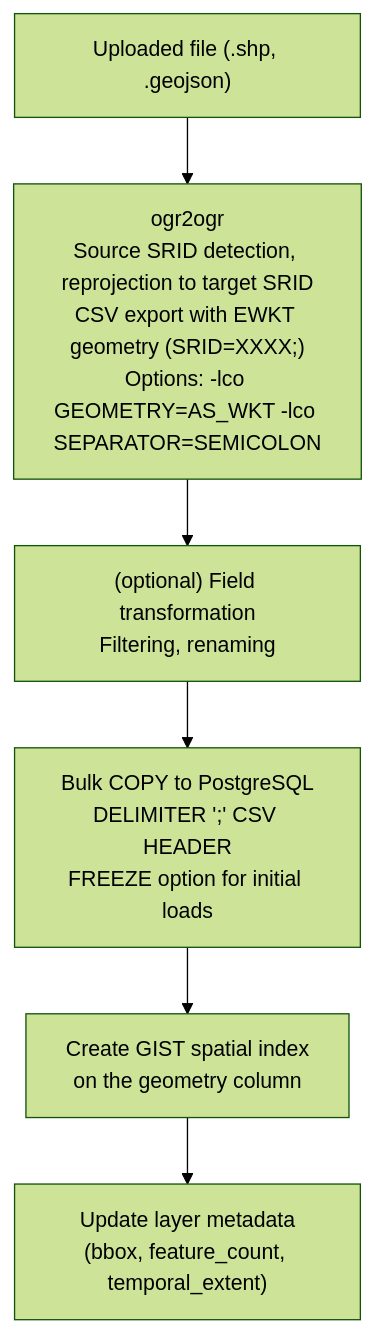
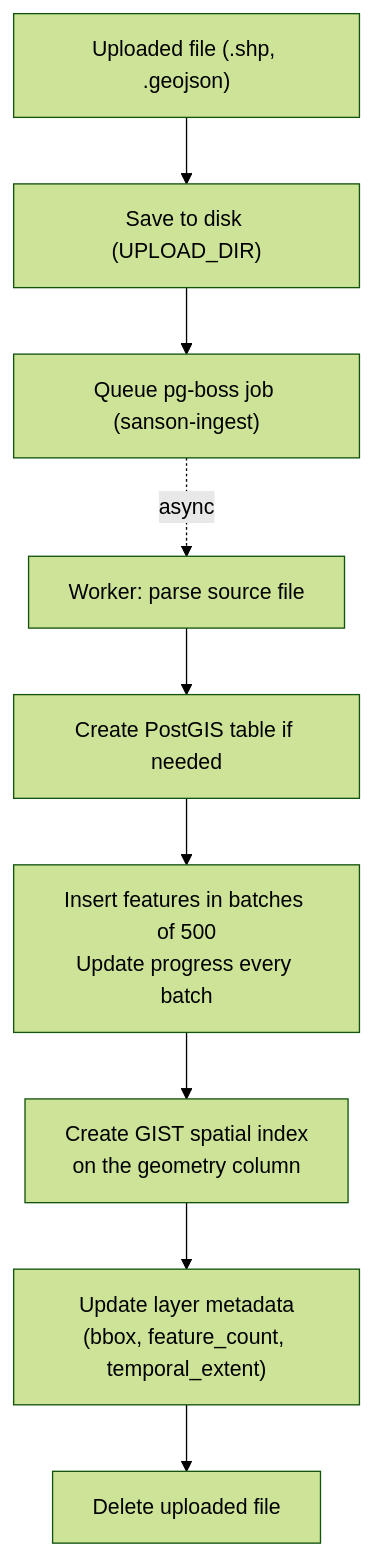
The second of 2 diagrams in SPECS.md (sebprunier/sanson), drawn with Mermaid (forest theme) before and after one commit. The commit also changed other lines of this file, not shown here.

First line of the commit message:
docs: update SPECS.md v0.5 with pg-boss async workers design

````diff
--- a/SPECS.md
+++ b/SPECS.md
@@ -140,11 +163,15 @@
 ```mermaid
 flowchart TD
     Upload["Uploaded file (.shp, .geojson)"]
-    Ogr2ogr["ogr2ogr<br/>Source SRID detection, reprojection to target SRID<br/>CSV export with EWKT geometry (SRID=XXXX;)<br/>Options: -lco GEOMETRY=AS_WKT -lco SEPARATOR=SEMICOLON"]
-    Transform["(optional) Field transformation<br/>Filtering, renaming"]
-    Copy["Bulk COPY to PostgreSQL<br/>DELIMITER ';' CSV HEADER<br/>FREEZE option for initial loads"]
+    Save["Save to disk (UPLOAD_DIR)"]
+    Queue["Queue pg-boss job (sanson-ingest)"]
+    Parse["Worker: parse source file"]
+    Table["Create PostGIS table if needed"]
+    Insert["Insert features in batches of 500<br/>Update progress every batch"]
     Index["Create GIST spatial index<br/>on the geometry column"]
     Metadata["Update layer metadata<br/>(bbox, feature_count, temporal_extent)"]
+    Cleanup["Delete uploaded file"]
 
-    Upload --> Ogr2ogr --> Transform --> Copy --> Index --> Metadata
+    Upload --> Save --> Queue
+    Queue -.->|async| Parse --> Table --> Insert --> Index --> Metadata --> Cleanup
 ```
````
